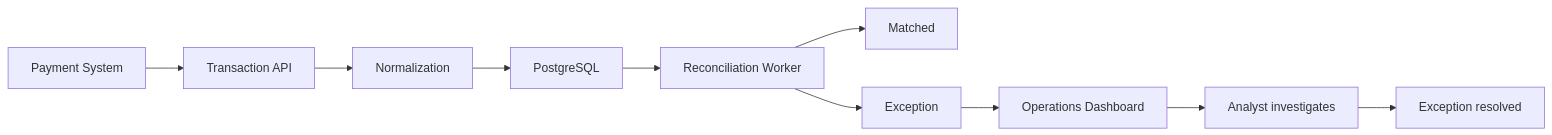
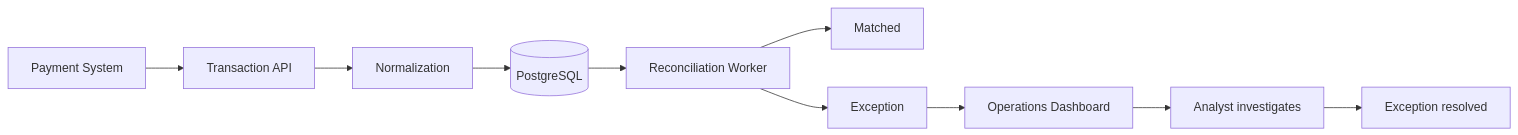
One commit to ShamarYarde/payment-reconciliation-platform changed the first of 3 diagrams in docs/01-discovery/discovery.md. Above: the diagram before and after it, drawn with Mermaid. The commit also changed other lines of this file, not shown here.

Commit message:
docs: fix PostgreSQL node shape in deployment diagram

````diff
--- a/docs/01-discovery/discovery.md
+++ b/docs/01-discovery/discovery.md
@@ -81,12 +81,12 @@
 ```mermaid
 flowchart LR
 A[Payment System] --> B[Transaction API]
 B --> C[Normalization]
-C --> D[PostgreSQL]
+C --> D[(PostgreSQL)]
 D --> E[Reconciliation Worker]
 E --> F[Matched]
 E --> G[Exception]
 G --> H[Operations Dashboard]
 H --> I[Analyst investigates]
 I --> J[Exception resolved]
 ```
````
